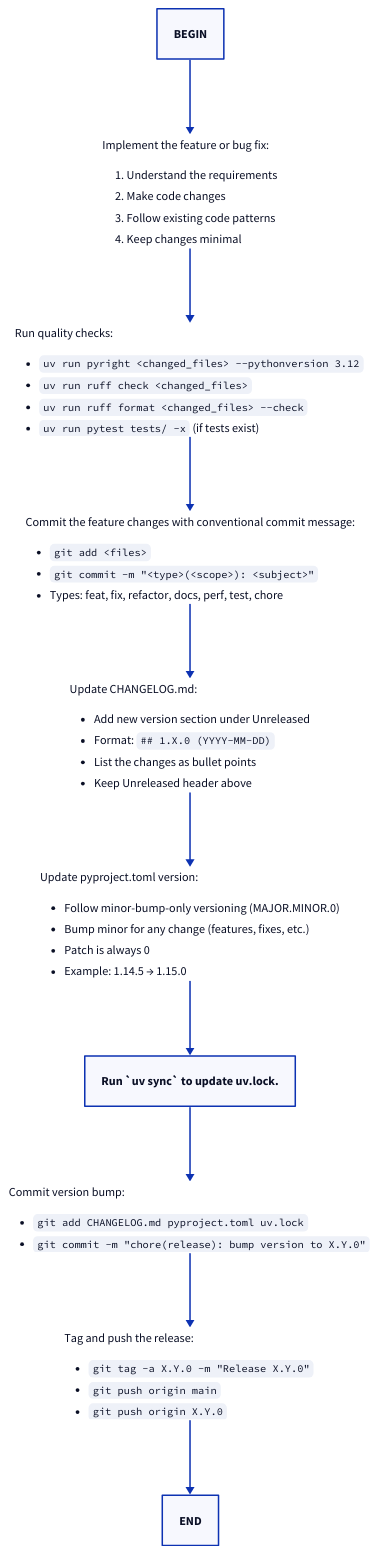
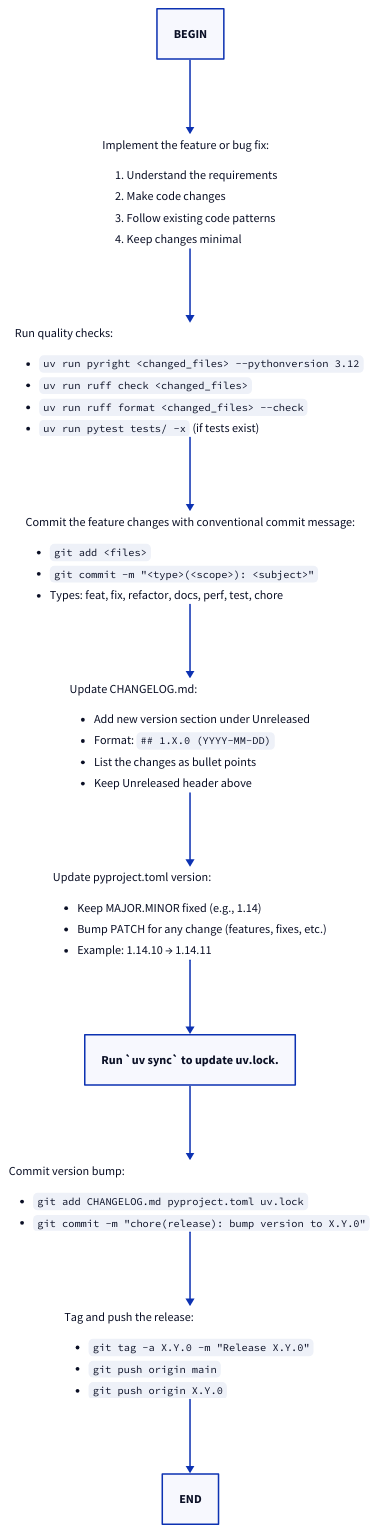
One commit to yumesha/kimi-cli changed the diagram in .agents/skills/feature-release/SKILL.md. Above: the diagram before and after it, drawn with D2. The commit also changed other lines of this file, not shown here.

Commit message:
docs(skill): update feature-release versioning policy

````diff
--- a/.agents/skills/feature-release/SKILL.md
+++ b/.agents/skills/feature-release/SKILL.md
@@ -7,57 +7,56 @@
 ```d2
 implement: |md
   Implement the feature or bug fix:
   1. Understand the requirements
   2. Make code changes
   3. Follow existing code patterns
   4. Keep changes minimal
 |
 
 check: |md
   Run quality checks:
   - `uv run pyright <changed_files> --pythonversion 3.12`
   - `uv run ruff check <changed_files>`
   - `uv run ruff format <changed_files> --check`
   - `uv run pytest tests/ -x` (if tests exist)
 |
 
 commit_feature: |md
   Commit the feature changes with conventional commit message:
   - `git add <files>`
   - `git commit -m "<type>(<scope>): <subject>"`
   - Types: feat, fix, refactor, docs, perf, test, chore
 |
 
 update_changelog: |md
   Update CHANGELOG.md:
   - Add new version section under Unreleased
   - Format: `## 1.X.0 (YYYY-MM-DD)`
   - List the changes as bullet points
   - Keep Unreleased header above
 |
 
 bump_version: |md
   Update pyproject.toml version:
-  - Follow minor-bump-only versioning (MAJOR.MINOR.0)
-  - Bump minor for any change (features, fixes, etc.)
-  - Patch is always 0
-  - Example: 1.14.5 → 1.15.0
+  - Keep MAJOR.MINOR fixed (e.g., 1.14)
+  - Bump PATCH for any change (features, fixes, etc.)
+  - Example: 1.14.10 → 1.14.11
 |
 
 uv_sync: "Run `uv sync` to update uv.lock."
 
 commit_release: |md
   Commit version bump:
   - `git add CHANGELOG.md pyproject.toml uv.lock`
   - `git commit -m "chore(release): bump version to X.Y.0"`
 |
 
 tag_push: |md
   Tag and push the release:
   - `git tag -a X.Y.0 -m "Release X.Y.0"`
   - `git push origin main`
   - `git push origin X.Y.0`
 |
 
 BEGIN -> implement -> check -> commit_feature -> update_changelog -> bump_version -> uv_sync -> commit_release -> tag_push -> END
 ```
````
